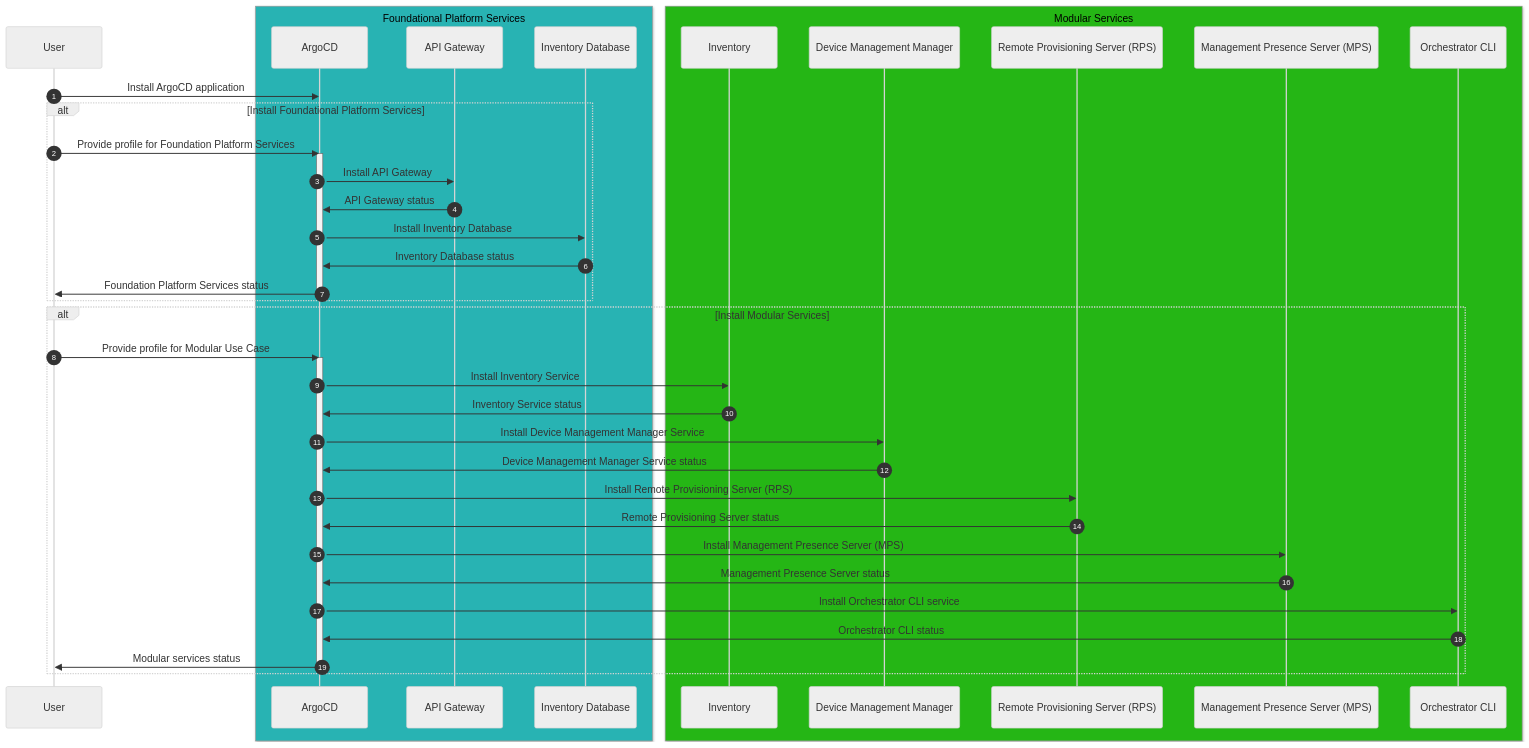
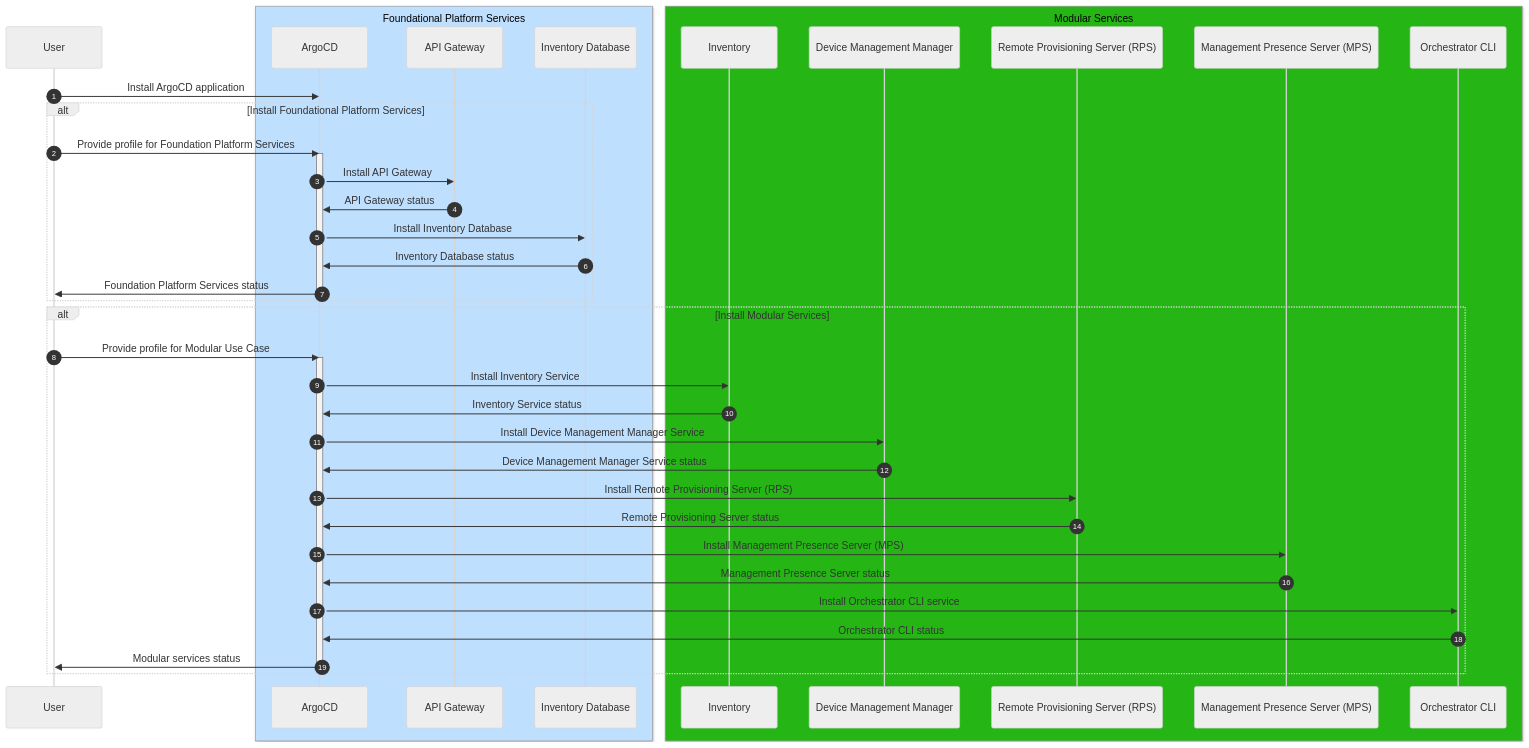
The second of 4 diagrams in design-proposals/eim-modular-decomposition-installer.md (open-edge-platform/edge-manageability-framework), drawn with Mermaid (neutral theme) before and after one commit.

Commit message:
Update workflow colour scheme

````diff
--- a/design-proposals/eim-modular-decomposition-installer.md
+++ b/design-proposals/eim-modular-decomposition-installer.md
@@ -104,44 +104,44 @@
 ```mermaid
 sequenceDiagram
   autonumber
   participant US as User
-  box rgba(40, 179, 179, 1) Foundational Platform Services
+  box rgba(191, 223, 255, 1) Foundational Platform Services
     participant CD as ArgoCD
     participant API as API Gateway
     participant DB as Inventory Database
   end
   box rgba(37, 182, 21, 1) Modular Services
     participant IN as Inventory
     participant DM as Device Management Manager
     participant RPS as Remote Provisioning Server (RPS)
     participant MPS as Management Presence Server (MPS)
     participant CLI as Orchestrator CLI
   end
   US ->> CD: Install ArgoCD application
   alt Install Foundational Platform Services
     US ->> CD: Provide profile for Foundation Platform Services
     activate CD
     CD ->> API: Install API Gateway
     API ->> CD: API Gateway status
     CD ->> DB: Install Inventory Database
     DB ->> CD: Inventory Database status
     CD ->> US: Foundation Platform Services status
     deactivate CD
   end
   alt Install Modular Services
     US ->> CD: Provide profile for Modular Use Case
     activate CD
     CD ->> IN: Install Inventory Service
     IN ->> CD: Inventory Service status
     CD ->> DM: Install Device Management Manager Service
     DM ->> CD: Device Management Manager Service status
     CD ->> RPS: Install Remote Provisioning Server (RPS)
     RPS ->> CD: Remote Provisioning Server status
     CD ->> MPS: Install Management Presence Server (MPS)
     MPS ->> CD: Management Presence Server status
     CD ->> CLI: Install Orchestrator CLI service
     CLI ->> CD: Orchestrator CLI status
     CD ->> US: Modular services status
     deactivate CD
   end
 ```
````
